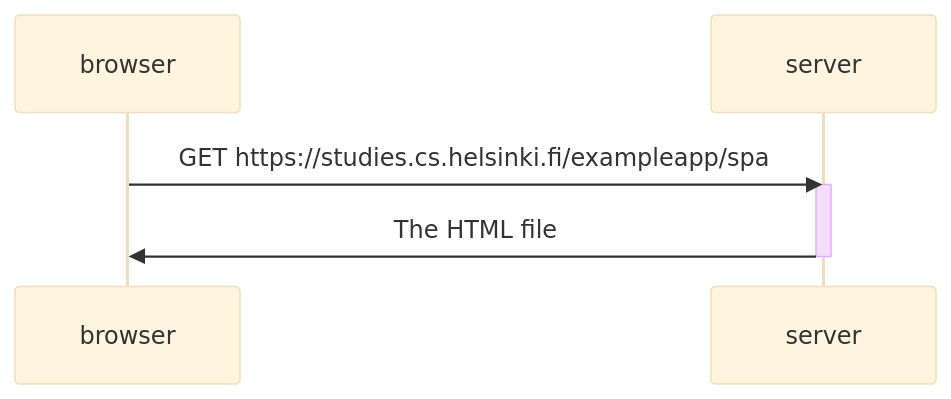
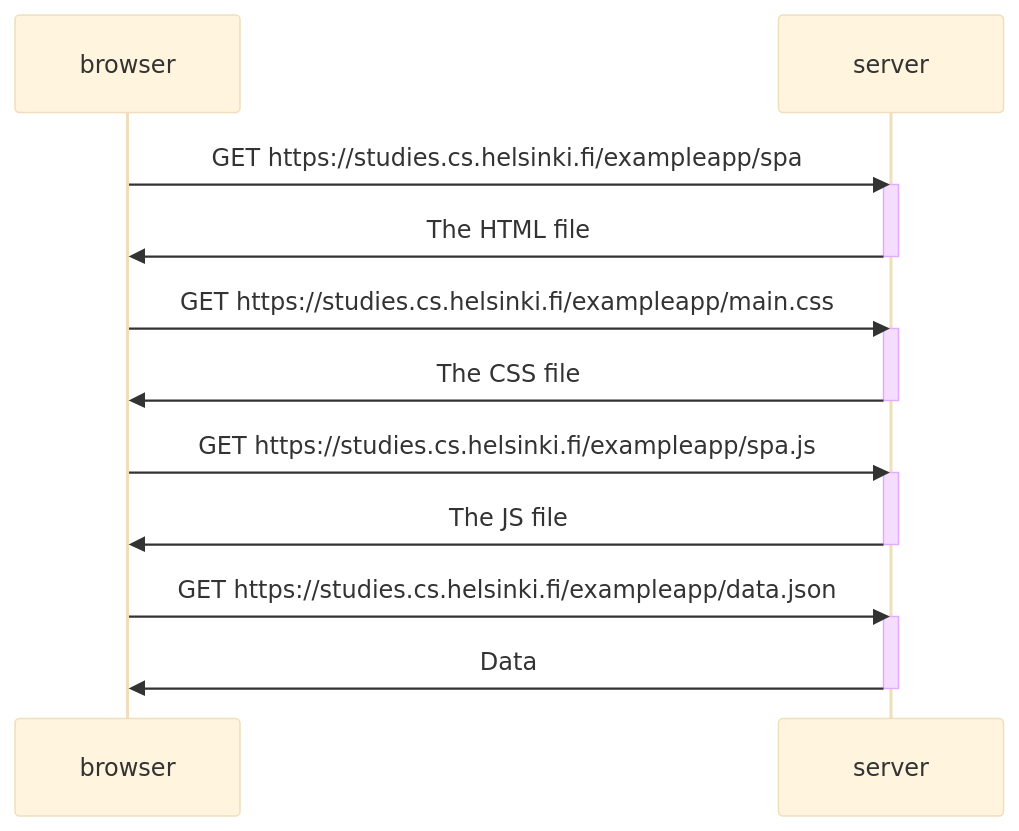
One commit to Mohireza1/Fullstackopen changed the diagram in part0/ex-0-5.md. Above: the diagram before and after it, drawn with Mermaid (base theme).

Commit message:
First version

````diff
--- a/part0/ex-0-5.md
+++ b/part0/ex-0-5.md
@@ -3,11 +3,29 @@
 ```mermaid
 sequenceDiagram
     
     participant browser
     participant server
 
     browser->>server: GET https://studies.cs.helsinki.fi/exampleapp/spa
     activate server
     server->>browser: The HTML file
     deactivate server
+
+    browser->>server: GET https://studies.cs.helsinki.fi/exampleapp/main.css
+    activate server
+    server->>browser: The CSS file
+    deactivate server
+
+    browser->>server: GET https://studies.cs.helsinki.fi/exampleapp/spa.js
+    activate server
+    server->>browser: The JS file
+    deactivate server
+
+    browser->>server: GET https://studies.cs.helsinki.fi/exampleapp/data.json
+    activate server
+    server->>browser: Data
+    deactivate server
+
+
+
 ```
````
